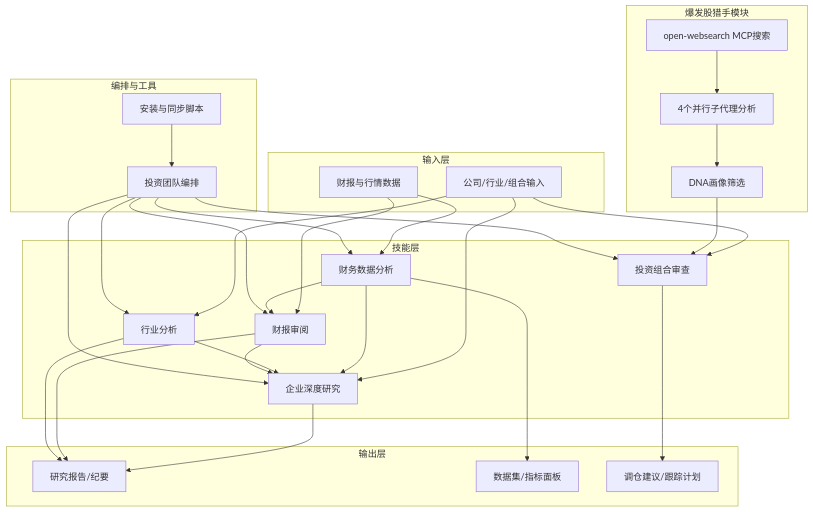
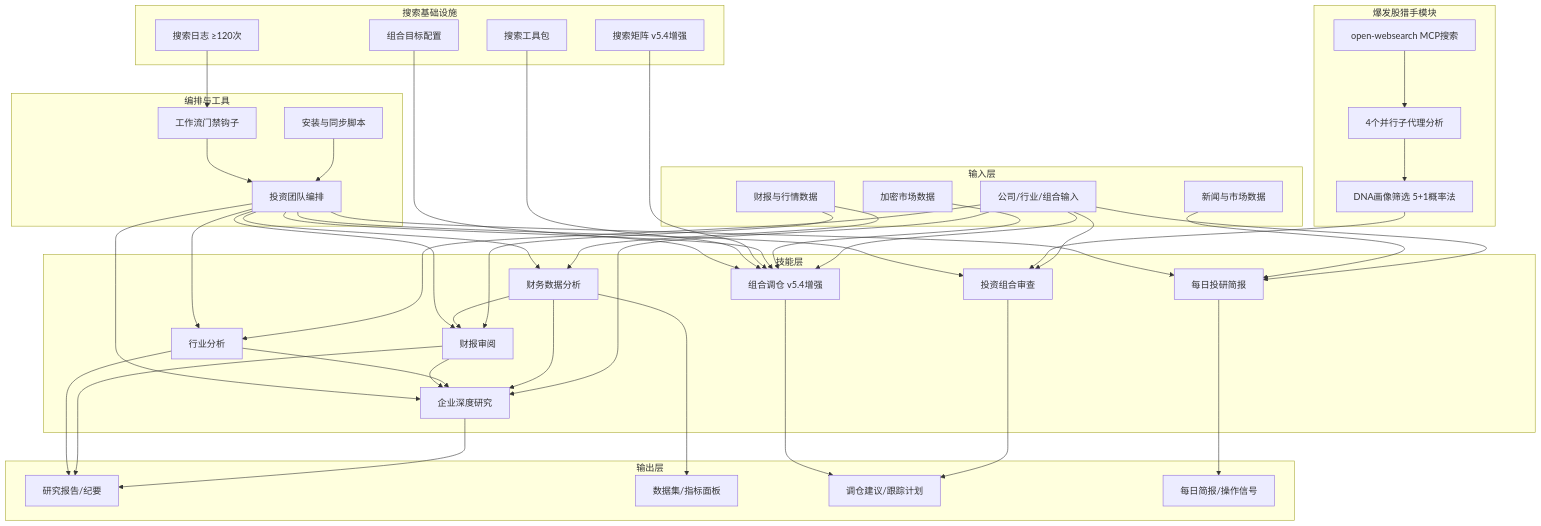
The second of 4 diagrams in .qoder/repowiki/zh/content/AI技能系统/核心投资研究技能/核心投资研究技能.md (Ted-Engineer/ai-berkshire), drawn with Mermaid before and after one commit. The commit also changed other lines of this file and 87 other files, not shown here.

````diff
--- a/.qoder/repowiki/zh/content/AI技能系统/核心投资研究技能/核心投资研究技能.md
+++ b/.qoder/repowiki/zh/content/AI技能系统/核心投资研究技能/核心投资研究技能.md
@@ -184,51 +254,76 @@
 ```mermaid
 graph TB
 subgraph "输入层"
 C1["公司/行业/组合输入"]
 D1["财报与行情数据"]
+N1["新闻与市场数据"]
+E1["加密市场数据"]
 end
 subgraph "技能层"
 S1["企业深度研究"]
 S2["财报审阅"]
 S3["行业分析"]
 S4["投资组合审查"]
 S5["财务数据分析"]
+S6["每日投研简报"]
+S7["组合调仓 v5.4增强"]
 end
 subgraph "爆发股猎手模块"
 BM1["open-websearch MCP搜索"]
 BM2["4个并行子代理分析"]
-BM3["DNA画像筛选"]
+BM3["DNA画像筛选 5+1概率法"]
 end
 subgraph "编排与工具"
 T1["投资团队编排"]
 T2["安装与同步脚本"]
+T3["工作流门禁钩子"]
+end
+subgraph "搜索基础设施"
+SM["搜索矩阵 v5.4增强"]
+ST["搜索工具包"]
+SL["搜索日志 ≥120次"]
+PT["组合目标配置"]
 end
 subgraph "输出层"
 O1["研究报告/纪要"]
 O2["数据集/指标面板"]
 O3["调仓建议/跟踪计划"]
+O4["每日简报/操作信号"]
 end
 C1 --> S1
 C1 --> S3
 C1 --> S4
+C1 --> S6
+C1 --> S7
 D1 --> S2
 D1 --> S5
+N1 --> S6
+E1 --> S7
 S5 --> S2
 S5 --> S1
 S3 --> S1
 S2 --> S1
 S1 --> O1
 S2 --> O1
 S3 --> O1
 S4 --> O3
 S5 --> O2
+S6 --> O4
+S7 --> O3
 BM1 --> BM2
 BM2 --> BM3
 BM3 --> S4
 T1 --> S1
 T1 --> S2
 T1 --> S3
 T1 --> S4
 T1 --> S5
+T1 --> S6
+T1 --> S7
 T2 --> T1
+T3 --> T1
+SM --> S7
+ST --> S7
+SL --> T3
+PT --> S7
 ```
````
